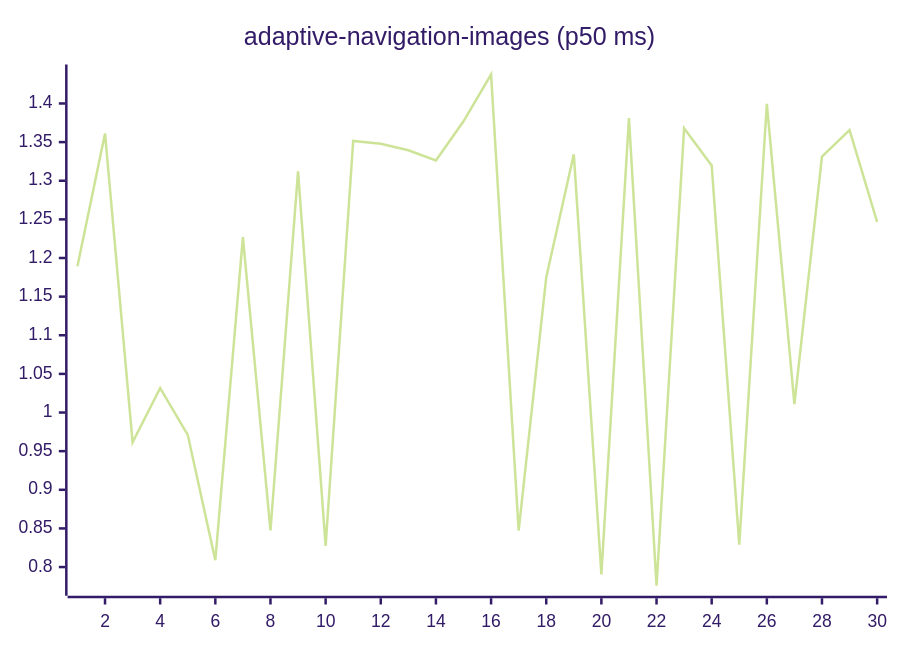
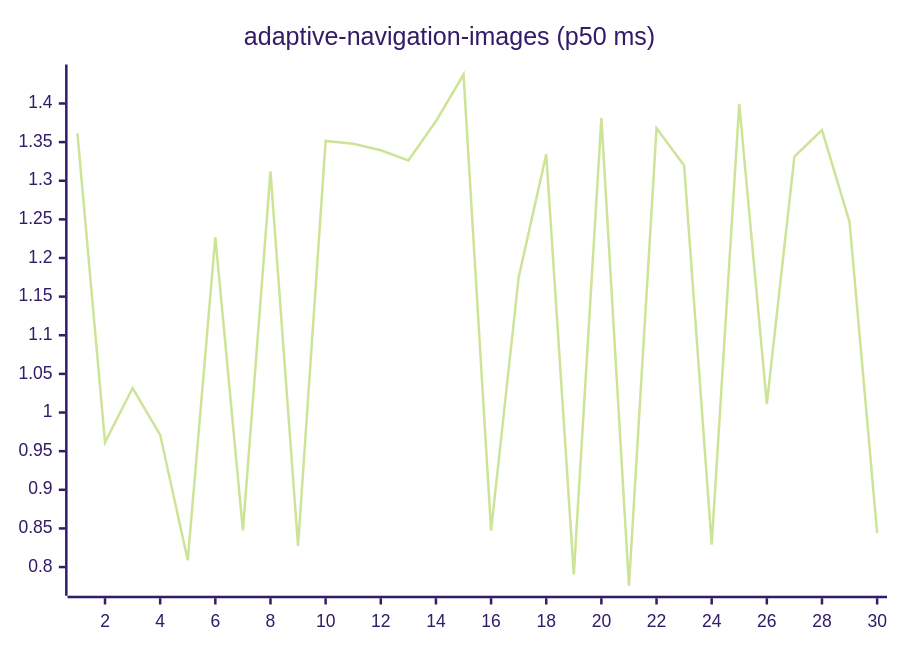
Before and after one commit to josha/Facet: the first of 27 diagrams in README.md, drawn with Mermaid (forest theme). The commit also changed other lines of this file and 2 other files, not shown here.

````diff
--- a/README.md
+++ b/README.md
@@ -63,6 +63,6 @@
 ```mermaid
 xychart-beta
     title "adaptive-navigation-images (p50 ms)"
     x-axis 1 --> 30
-    line [1.1893, 1.3612, 0.9615, 1.0317, 0.9711, 0.8088, 1.2271, 0.8473, 1.3121, 0.8274, 1.3515, 1.3479, 1.3395, 1.3263, 1.3769, 1.4375, 0.8471, 1.1748, 1.3343, 0.7905, 1.3810, 0.7758, 1.3680, 1.3197, 0.8291, 1.3996, 1.0110, 1.3313, 1.3656, 1.2466]
+    line [1.3612, 0.9615, 1.0317, 0.9711, 0.8088, 1.2271, 0.8473, 1.3121, 0.8274, 1.3515, 1.3479, 1.3395, 1.3263, 1.3769, 1.4375, 0.8471, 1.1748, 1.3343, 0.7905, 1.3810, 0.7758, 1.3680, 1.3197, 0.8291, 1.3996, 1.0110, 1.3313, 1.3656, 1.2466, 0.8441]
 ```
````
